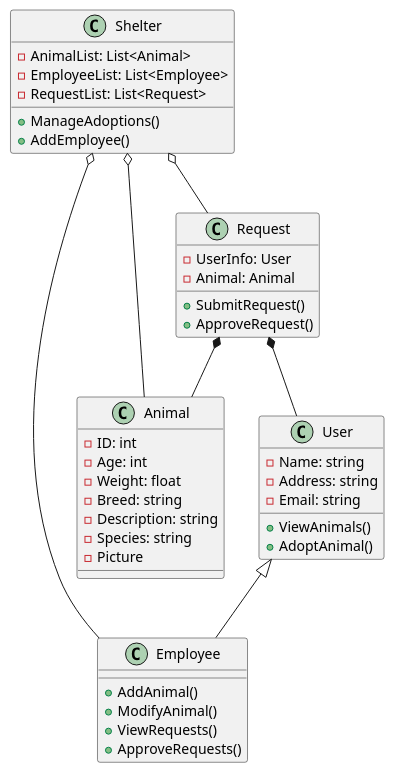
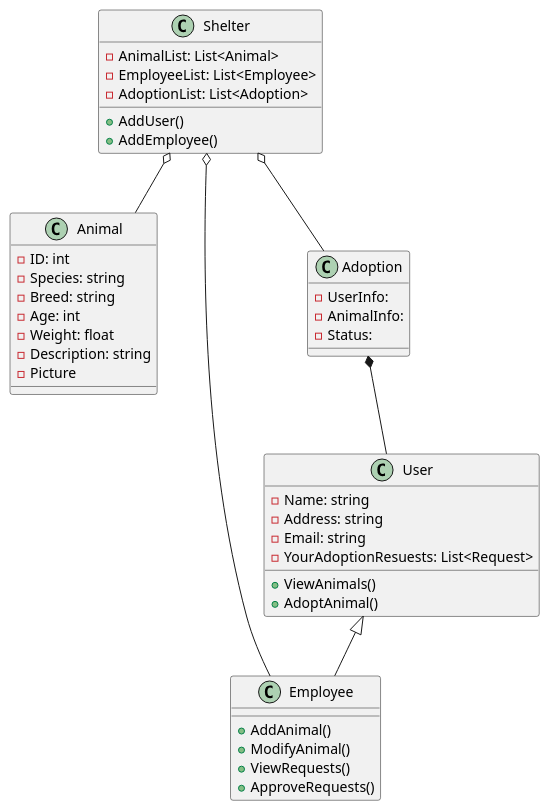
The diagram in Docs/DiagramClass.puml (Pymek11/SchroniskoJava), drawn with PlantUML before and after one commit. The commit also changed 5 other files, not shown here.

Commit message:
Poprawione Diagramy

```diff
--- a/Docs/DiagramClass.puml
+++ b/Docs/DiagramClass.puml
@@ -1,49 +1,49 @@
 @startuml
 class Animal {
     - ID: int
+    - Species: string
+    - Breed: string
     - Age: int
     - Weight: float
-    - Breed: string
     - Description: string
-    - Species: string
     - Picture
 }
 
 class User {
     - Name: string
     - Address: string
     - Email: string
+    - YourAdoptionResuests: List<Request>
     + ViewAnimals()
     + AdoptAnimal()
 }
 
 class Employee {
     + AddAnimal()
     + ModifyAnimal()
     + ViewRequests()
     + ApproveRequests()
 }
 
 class Shelter {
     - AnimalList: List<Animal>
     - EmployeeList: List<Employee>
-    - RequestList: List<Request>
-    + ManageAdoptions()
+    - AdoptionList: List<Adoption>
+    + AddUser()
     + AddEmployee()
 }
 
-class Request {
-    - UserInfo: User
-    - Animal: Animal
-    + SubmitRequest()
-    + ApproveRequest()
+class Adoption {
+    - UserInfo:
+    - AnimalInfo:
+    - Status:
 }
 
 
 User <|-- Employee
 Shelter o-- Animal
 Shelter o-- Employee
-Shelter o-- Request
-Request *-- User
-Request *-- Animal
+Shelter o-- Adoption
+Adoption *-- User
+
 @enduml
```
